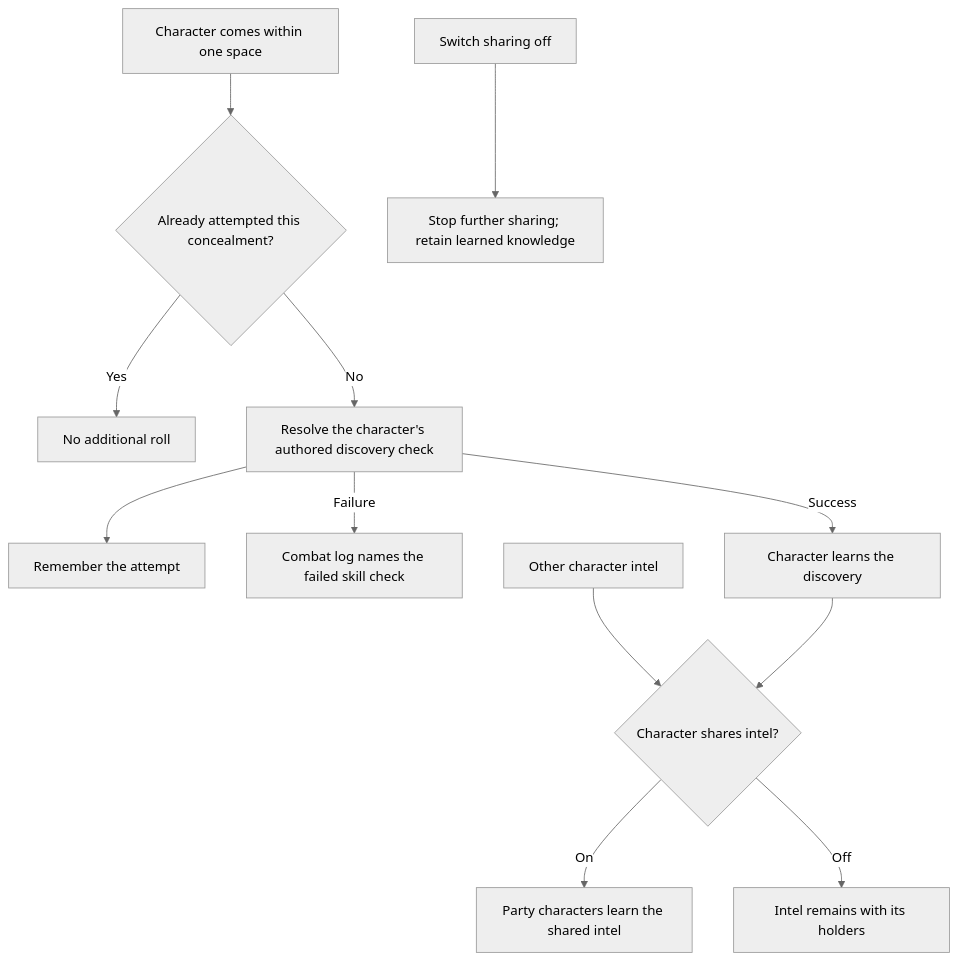
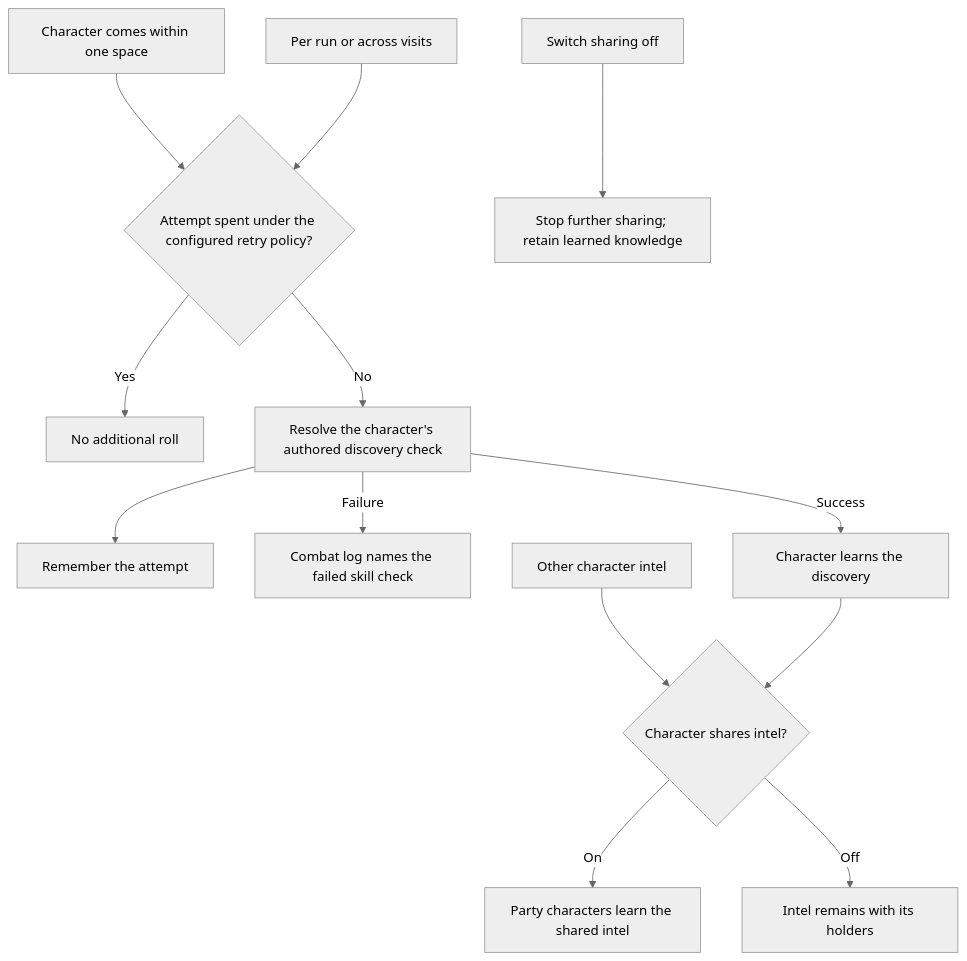
Before and after one commit to KirkDiggler/rpg-project: the diagram in ideas/proximity-intel/design.md, drawn with Mermaid (neutral theme). The commit also changed other lines of this file, not shown here.

First line of the commit message:
docs: make discovery retry lifetime configurable

````diff
--- a/ideas/proximity-intel/design.md
+++ b/ideas/proximity-intel/design.md
@@ -5,14 +5,15 @@
 ```mermaid
 flowchart TD
-    Near[Character comes within one space] --> Tried{Already attempted this concealment?}
+    Near[Character comes within one space] --> Tried{Attempt spent under the configured retry policy?}
+    Policy[Per run or across visits] --> Tried
     Tried -->|Yes| NoRoll[No additional roll]
     Tried -->|No| Check[Resolve the character's authored discovery check]
     Check --> Attempt[Remember the attempt]
     Check -->|Failure| Log[Combat log names the failed skill check]
     Check -->|Success| Learn[Character learns the discovery]
     Other[Other character intel] --> Sharing{Character shares intel?}
     Learn --> Sharing
     Sharing -->|On| Party[Party characters learn the shared intel]
     Sharing -->|Off| Private[Intel remains with its holders]
     Off[Switch sharing off] --> Stop[Stop further sharing; retain learned knowledge]
 ```
````
